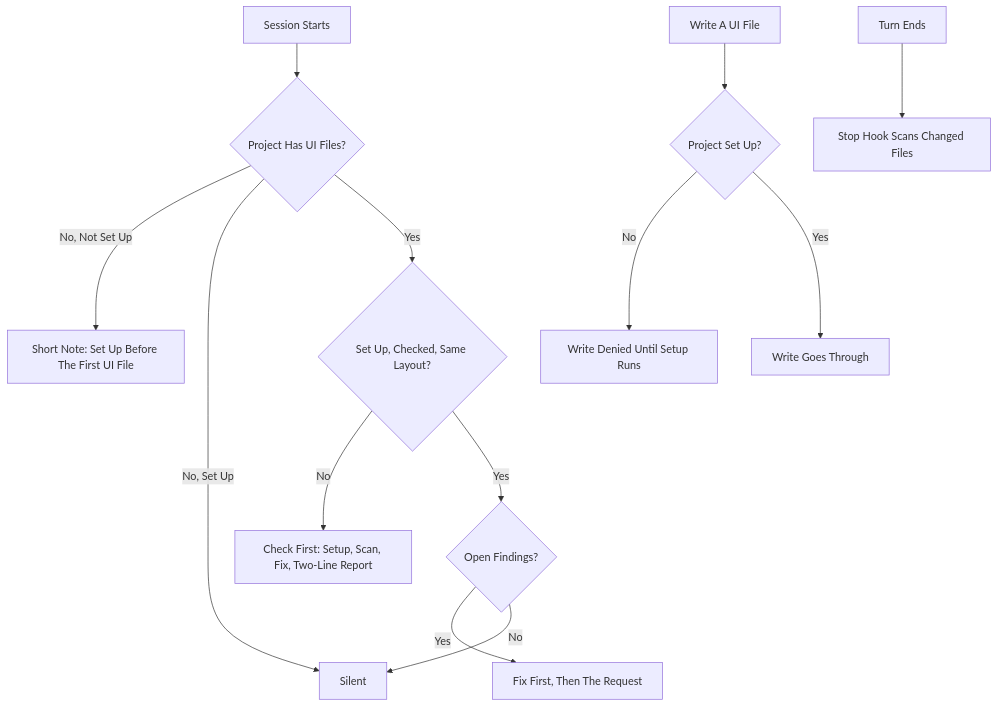
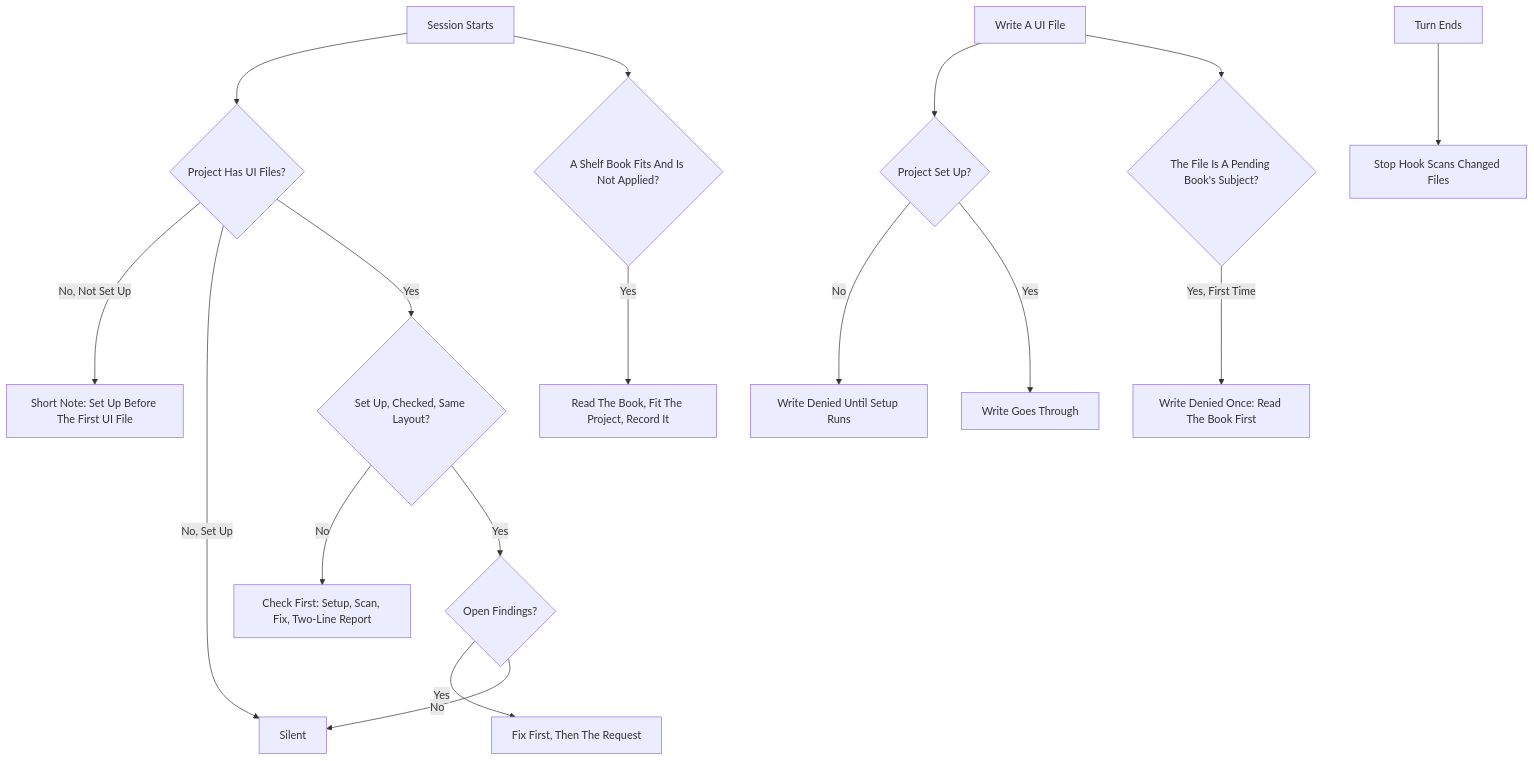
Before and after one commit to Teknesyum/Teknesyum-UI: the second of 2 diagrams in README.md, drawn with Mermaid. The commit also changed other lines of this file and 22 other files, not shown here.

````diff
--- a/README.md
+++ b/README.md
@@ -115,15 +115,19 @@
 ```mermaid
 flowchart TD
   S[Session Starts] --> Q1{Project Has UI Files?}
   Q1 -->|No, Not Set Up| N1[Short Note: Set Up Before The First UI File]
   Q1 -->|No, Set Up| Z[Silent]
   Q1 -->|Yes| Q2{Set Up, Checked, Same Layout?}
   Q2 -->|No| N2[Check First: Setup, Scan, Fix, Two-Line Report]
   Q2 -->|Yes| Q3{Open Findings?}
   Q3 -->|Yes| N3[Fix First, Then The Request]
   Q3 -->|No| Z
   W[Write A UI File] --> Q4{Project Set Up?}
   Q4 -->|No| D1[Write Denied Until Setup Runs]
   Q4 -->|Yes| OK[Write Goes Through]
+  S --> R1{A Shelf Book Fits And Is Not Applied?}
+  R1 -->|Yes| N4[Read The Book, Fit The Project, Record It]
+  W --> R2{The File Is A Pending Book's Subject?}
+  R2 -->|Yes, First Time| D2[Write Denied Once: Read The Book First]
   T[Turn Ends] --> G1[Stop Hook Scans Changed Files]
 ```
````
